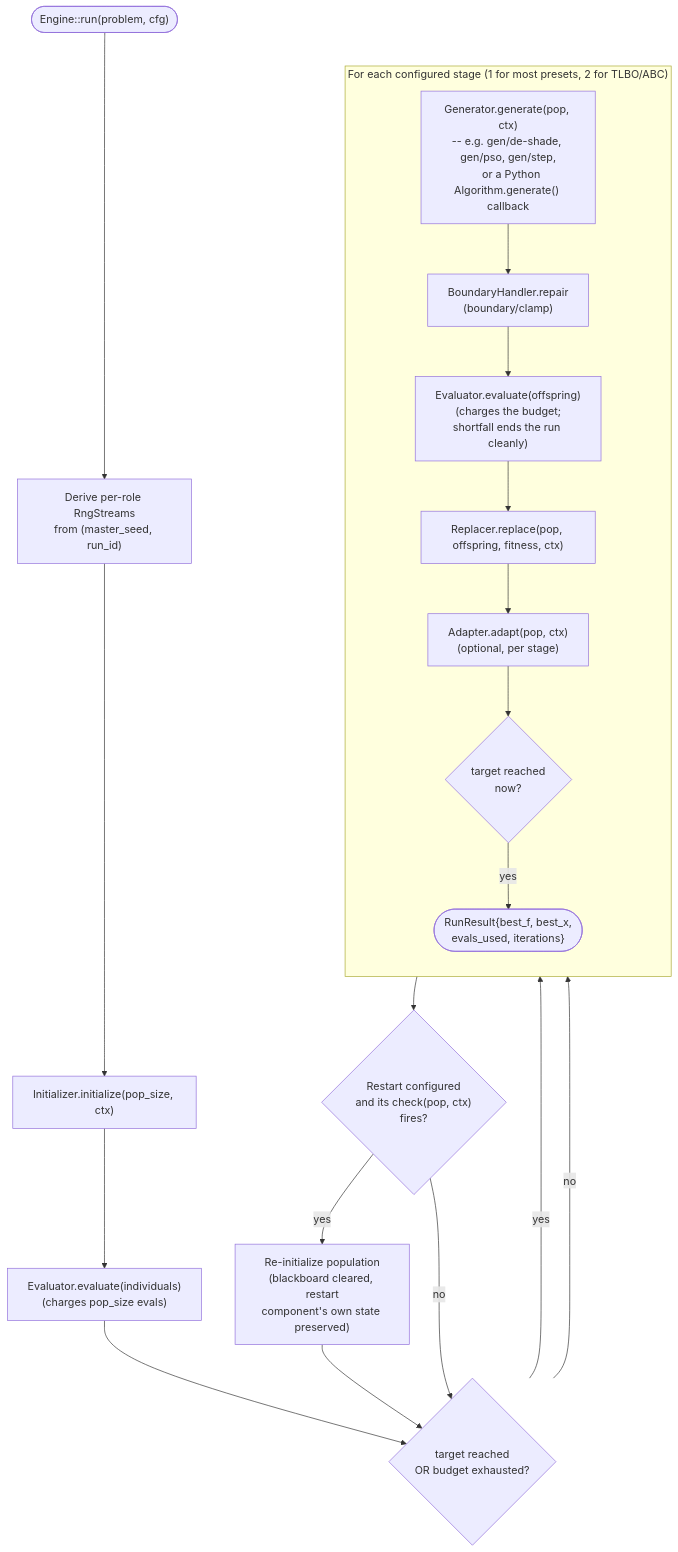
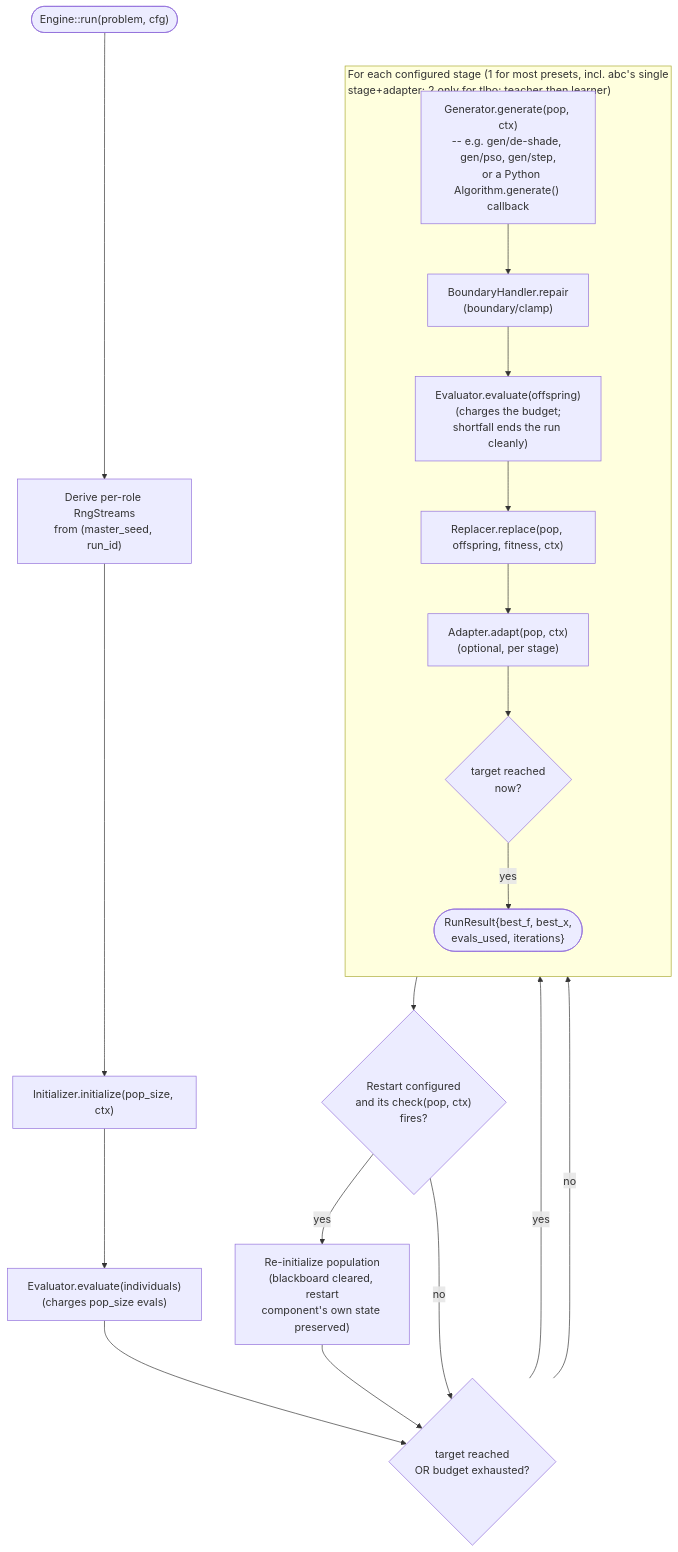
Before and after one commit to tdelphi1981/sezgi: the diagram in docs/site/concepts/engine-flow.md, drawn with Mermaid. The commit also changed other lines of this file and 2 other files, not shown here.

Commit message:
docs: correct engine-stage and result-shape claims in concepts pages

````diff
--- a/docs/site/concepts/engine-flow.md
+++ b/docs/site/concepts/engine-flow.md
@@ -58,27 +62,27 @@
 ```mermaid
 flowchart TD
     START(["Engine::run(problem, cfg)"]) --> DERIVE["Derive per-role RngStreams\nfrom (master_seed, run_id)"]
     DERIVE --> INIT["Initializer.initialize(pop_size, ctx)"]
     INIT --> EVALINIT["Evaluator.evaluate(individuals)\n(charges pop_size evals)"]
     EVALINIT --> LOOP{"target reached\nOR budget exhausted?"}
 
     LOOP -->|no| STAGES
 
-    subgraph STAGES["For each configured stage (1 for most presets, 2 for TLBO/ABC)"]
+    subgraph STAGES["For each configured stage (1 for most presets, incl. abc's single\nstage+adapter; 2 only for tlbo: teacher then learner)"]
       direction TB
       GEN["Generator.generate(pop, ctx)\n-- e.g. gen/de-shade, gen/pso, gen/step,\n   or a Python Algorithm.generate() callback"]
       GEN --> REPAIR["BoundaryHandler.repair\n(boundary/clamp)"]
       REPAIR --> EVALSTAGE["Evaluator.evaluate(offspring)\n(charges the budget;\nshortfall ends the run cleanly)"]
       EVALSTAGE --> REPL["Replacer.replace(pop, offspring, fitness, ctx)"]
       REPL --> ADAPT["Adapter.adapt(pop, ctx)\n(optional, per stage)"]
       ADAPT --> TCHECK{"target reached\nnow?"}
       TCHECK -->|yes| DONE
     end
 
     STAGES --> RESTART{"Restart configured\nand its check(pop, ctx)\nfires?"}
     RESTART -->|yes| REINIT["Re-initialize population\n(blackboard cleared, restart\ncomponent's own state preserved)"]
     REINIT --> LOOP
     RESTART -->|no| LOOP
 
     LOOP -->|yes| DONE(["RunResult{best_f, best_x,\nevals_used, iterations}"])
 ```
````
